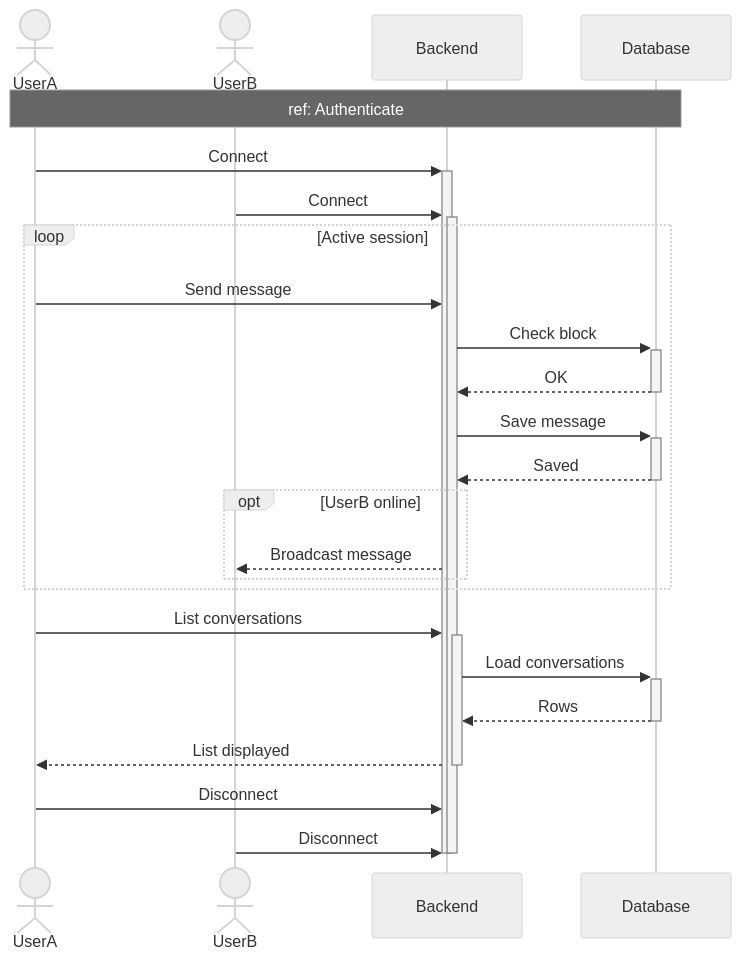
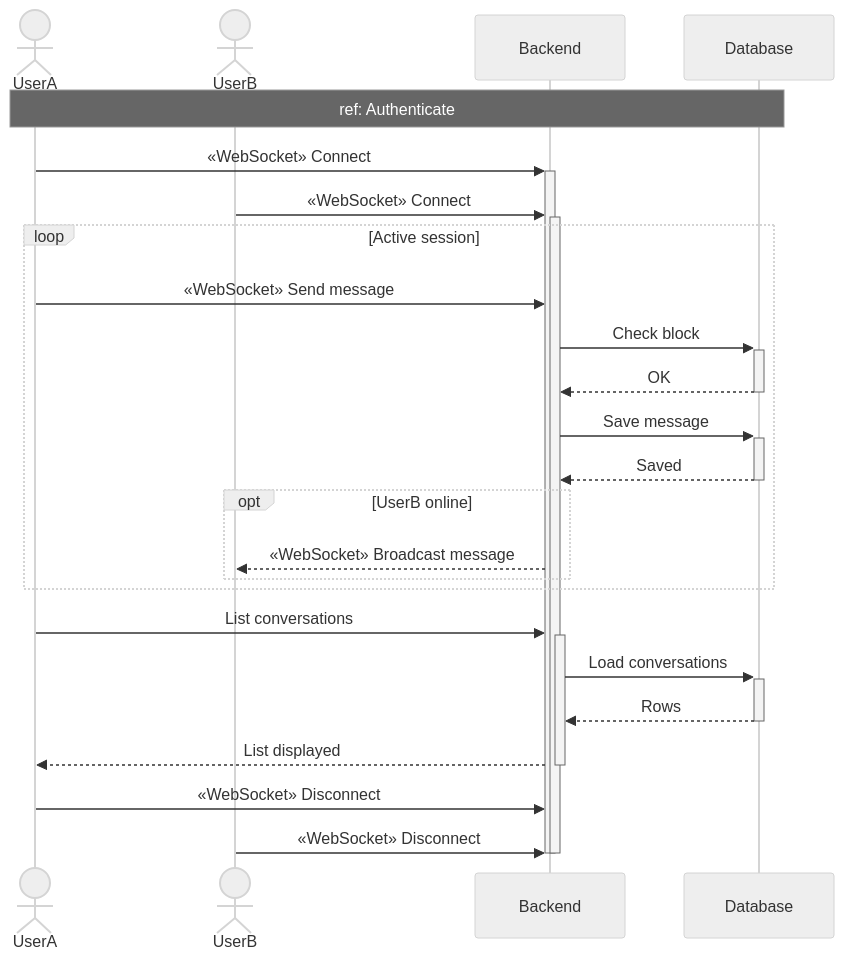
One commit to MohamedChebbi123/teamnest changed diagram 15 of 16 in docs/SEQUENCE_DIAGRAMS.md. Above: the diagram before and after it, drawn with Mermaid (neutral theme). The commit also changed other lines of this file, not shown here.

````diff
--- a/docs/SEQUENCE_DIAGRAMS.md
+++ b/docs/SEQUENCE_DIAGRAMS.md
@@ -508,33 +508,33 @@
 ```mermaid
 sequenceDiagram
     actor UserA
     actor UserB
     participant API as Backend
     participant DB as Database
 
     Note over UserA,DB: ref: Authenticate
 
-    UserA->>+API: Connect
-    UserB->>+API: Connect
+    UserA->>+API: «WebSocket» Connect
+    UserB->>+API: «WebSocket» Connect
 
     loop Active session
-        UserA->>API: Send message
+        UserA->>API: «WebSocket» Send message
         API->>+DB: Check block
         DB-->>-API: OK
         API->>+DB: Save message
         DB-->>-API: Saved
         opt UserB online
-            API-->>UserB: Broadcast message
+            API-->>UserB: «WebSocket» Broadcast message
         end
     end
 
     UserA->>+API: List conversations
     API->>+DB: Load conversations
     DB-->>-API: Rows
     API-->>-UserA: List displayed
 
-    UserA->>API: Disconnect
-    UserB->>API: Disconnect
+    UserA->>API: «WebSocket» Disconnect
+    UserB->>API: «WebSocket» Disconnect
     deactivate API
     deactivate API
 ```
````
